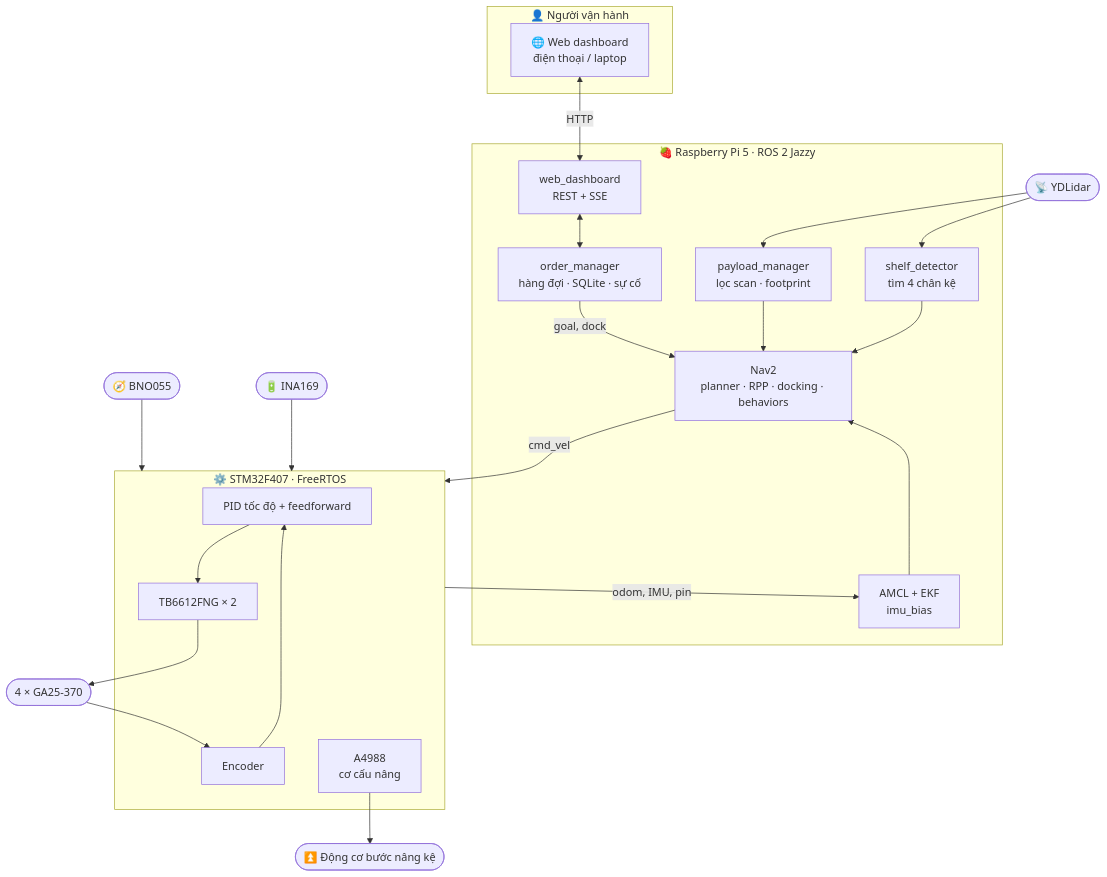
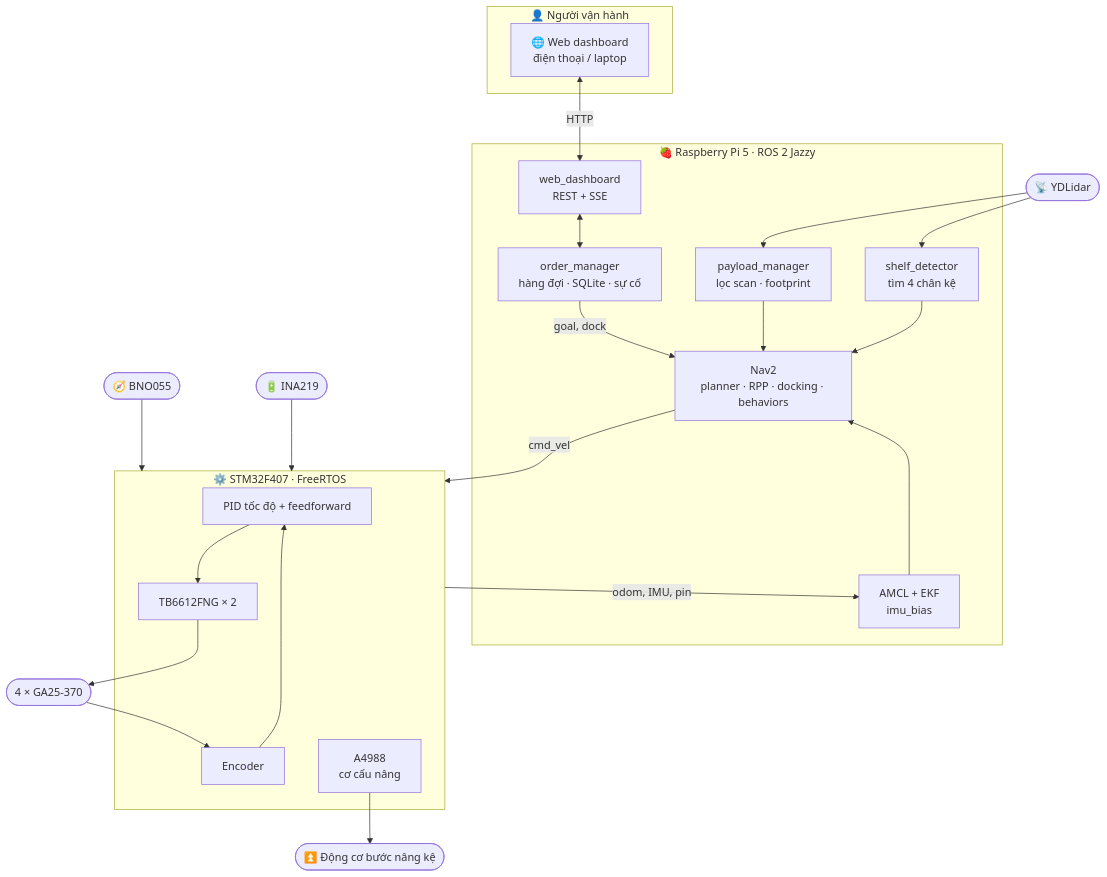
One commit to VQ-Vinh/DA2-Robot-AGV changed the second of 8 diagrams in README.md. Above: the diagram before and after it, drawn with Mermaid. The commit also changed other lines of this file and 1 other file, not shown here.

````diff
--- a/README.md
+++ b/README.md
@@ -50,41 +50,41 @@
 ```mermaid
 flowchart TB
     subgraph USER["👤 Người vận hành"]
         WEB["🌐 Web dashboard<br/>điện thoại / laptop"]
     end
 
     subgraph PI["🍓 Raspberry Pi 5 · ROS 2 Jazzy"]
         DASH["web_dashboard<br/>REST + SSE"]
         OM["order_manager<br/>hàng đợi · SQLite · sự cố"]
         NAV["Nav2<br/>planner · RPP · docking · behaviors"]
         LOC["AMCL + EKF<br/>imu_bias"]
         PM["payload_manager<br/>lọc scan · footprint"]
         SD["shelf_detector<br/>tìm 4 chân kệ"]
     end
 
     subgraph MCU["⚙️ STM32F407 · FreeRTOS"]
         SPD["PID tốc độ + feedforward"]
         ENC["Encoder"]
         DRV["TB6612FNG × 2"]
         LIFTD["A4988<br/>cơ cấu nâng"]
     end
 
     LIDAR(["📡 YDLidar"])
     IMU(["🧭 BNO055"])
-    BAT(["🔋 INA169"])
+    BAT(["🔋 INA219"])
     MOT(["4 × GA25-370"])
 
     WEB <-->|HTTP| DASH
     DASH <--> OM
     OM -->|goal, dock| NAV
     NAV -->|cmd_vel| MCU
     LIDAR --> PM --> NAV
     LIDAR --> SD --> NAV
     LOC --> NAV
     MCU -->|odom, IMU, pin| LOC
     IMU --> MCU
     BAT --> MCU
     SPD --> DRV --> MOT
     LIFTD --> LIFT(["⏫ Động cơ bước nâng kệ"])
     MOT --> ENC --> SPD
 ```
````
